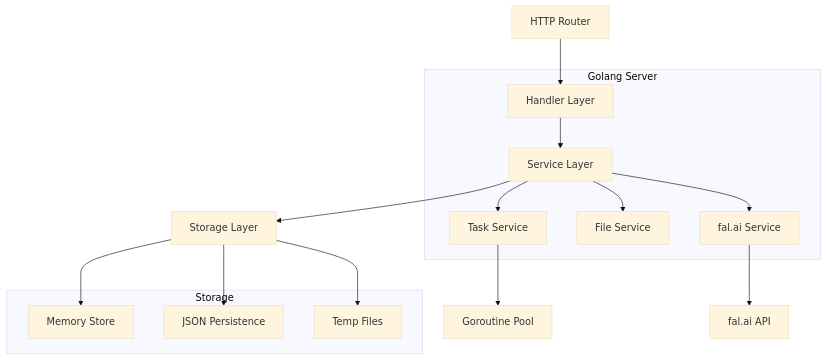
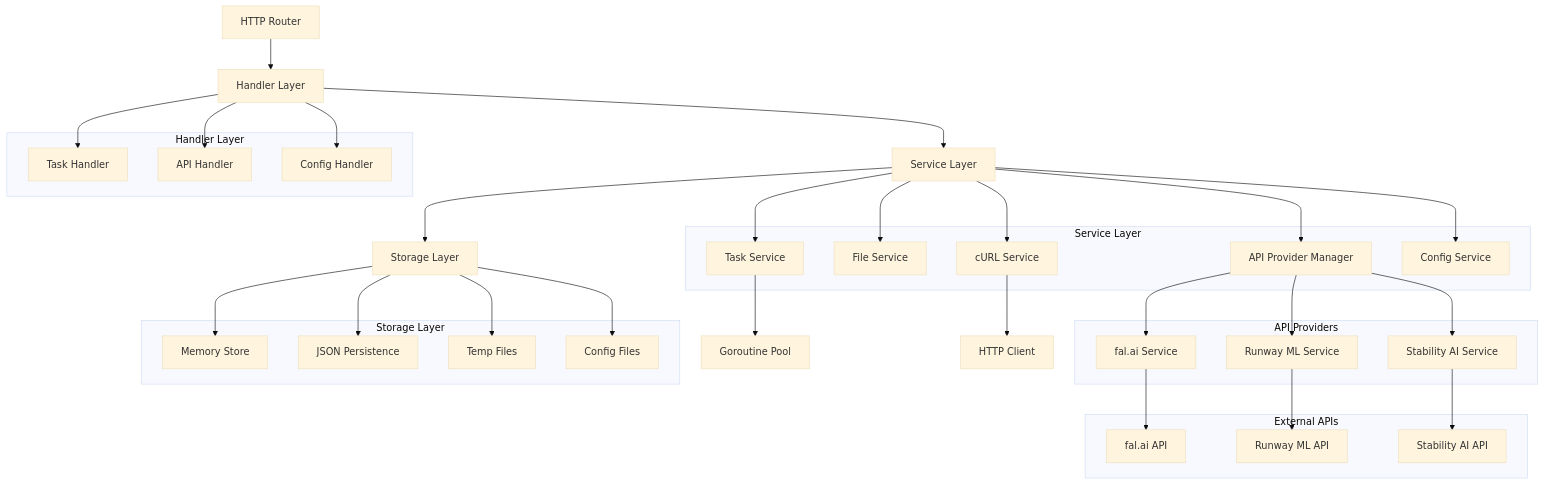
The second of 3 diagrams in .trae/documents/genVideoSub_技術架構文檔.md (dominantculture2024/genVideoSub), drawn with Mermaid (base theme) before and after one commit. The commit also changed other lines of this file and 30 other files, not shown here.

Commit message:
feat: Add production mode with Go backend, API provider management, and cURL integration

````diff
--- a/.trae/documents/genVideoSub_技術架構文檔.md
+++ b/.trae/documents/genVideoSub_技術架構文檔.md
@@ -184,31 +379,64 @@
 ```mermaid
 graph TD
     A[HTTP Router] --> B[Handler Layer]
     B --> C[Service Layer]
     C --> D[Storage Layer]
     
+    B --> B1[Task Handler]
+    B --> B2[API Handler]
+    B --> B3[Config Handler]
+    
     C --> E[Task Service]
     C --> F[File Service]
-    C --> G[fal.ai Service]
+    C --> G[API Provider Manager]
+    C --> H[cURL Service]
+    C --> I[Config Service]
     
-    D --> H[Memory Store]
-    D --> I[JSON Persistence]
-    D --> J[Temp Files]
+    G --> G1[fal.ai Service]
+    G --> G2[Runway ML Service]
+    G --> G3[Stability AI Service]
     
-    E --> K[Goroutine Pool]
-    G --> L[fal.ai API]
+    D --> J[Memory Store]
+    D --> K[JSON Persistence]
+    D --> L[Temp Files]
+    D --> M[Config Files]
     
-    subgraph "Golang Server"
-        B
-        C
+    E --> N[Goroutine Pool]
+    H --> O[HTTP Client]
+    G1 --> P[fal.ai API]
+    G2 --> Q[Runway ML API]
+    G3 --> R[Stability AI API]
+    
+    subgraph "Handler Layer"
+        B1
+        B2
+        B3
+    end
+    
+    subgraph "Service Layer"
         E
         F
         G
+        H
+        I
     end
     
-    subgraph "Storage"
-        H
-        I
+    subgraph "API Providers"
+        G1
+        G2
+        G3
+    end
+    
+    subgraph "Storage Layer"
         J
+        K
+        L
+        M
+    end
+    
+    subgraph "External APIs"
+        P
+        Q
+        R
     end
 ```
````
